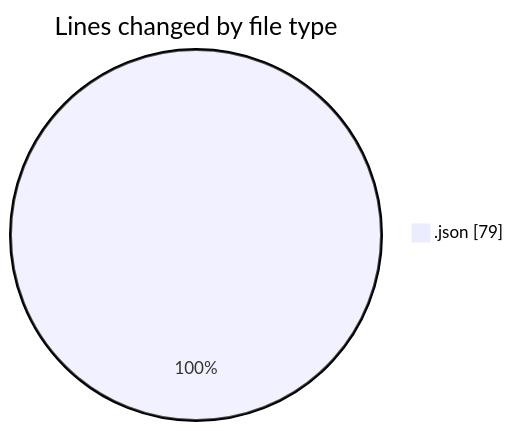
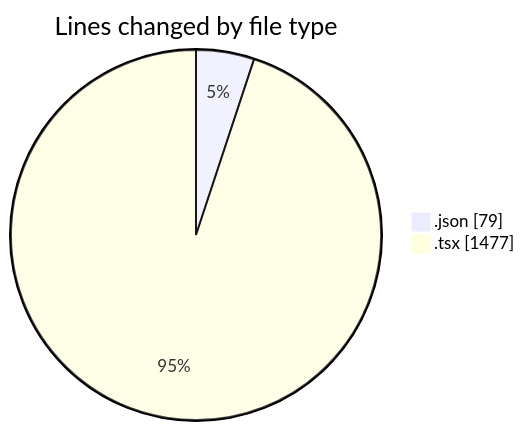
One commit to nxtqubesakshisongat/code-tracking changed the first of 2 diagrams in 2026-05-21/nxtqube_webapp/README.md. Above: the diagram before and after it, drawn with Mermaid. The commit also changed other lines of this file and 1 other file, not shown here.

````diff
--- a/2026-05-21/nxtqube_webapp/README.md
+++ b/2026-05-21/nxtqube_webapp/README.md
@@ -20,5 +21,6 @@
 ```mermaid
 pie showData
 title Lines changed by file type
 ".json" : 79
+".tsx" : 1477
 ```
````
